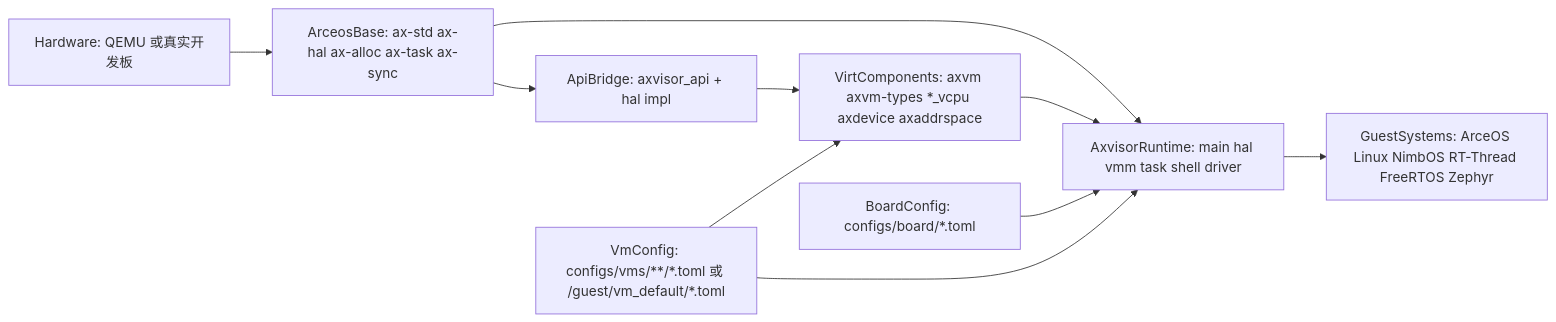
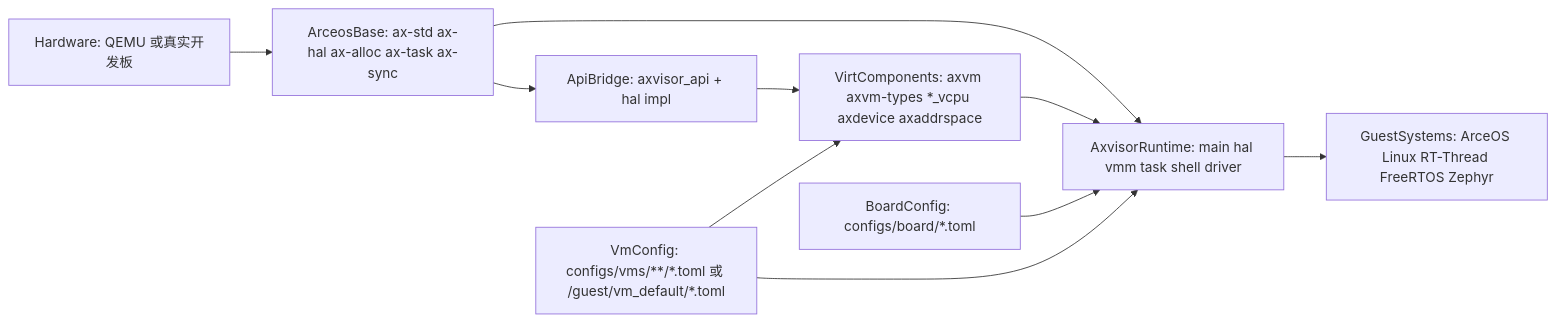
Before and after one commit to Dirinkbottle/tgoskits: the first of 5 diagrams in docs/docs/architecture/axvisor/overview.md, drawn with Mermaid. The commit also changed other lines of this file and 58 other files, not shown here.

Commit message:
chore(axvisor): remove NimbOS guest, legacy CI, and standalone scripts (#1866)

````diff
--- a/docs/docs/architecture/axvisor/overview.md
+++ b/docs/docs/architecture/axvisor/overview.md
@@ -28,21 +28,21 @@
 ```mermaid
 flowchart LR
     hardware["Hardware: QEMU 或真实开发板"]
     arceosBase["ArceosBase: ax-std ax-hal ax-alloc ax-task ax-sync"]
     virtComponents["VirtComponents: axvm axvm-types *_vcpu axdevice axaddrspace"]
     apiBridge["ApiBridge: axvisor_api + hal impl"]
     axvisorRuntime["AxvisorRuntime: main hal vmm task shell driver"]
-    guestSystems["GuestSystems: ArceOS Linux NimbOS RT-Thread FreeRTOS Zephyr"]
+    guestSystems["GuestSystems: ArceOS Linux RT-Thread FreeRTOS Zephyr"]
     boardConfig["BoardConfig: configs/board/*.toml"]
     vmConfig["VmConfig: configs/vms/**/*.toml 或 /guest/vm_default/*.toml"]
 
     hardware --> arceosBase
     arceosBase --> apiBridge
     arceosBase --> axvisorRuntime
     virtComponents --> axvisorRuntime
     apiBridge --> virtComponents
     axvisorRuntime --> guestSystems
     boardConfig --> axvisorRuntime
     vmConfig --> axvisorRuntime
     vmConfig --> virtComponents
 ```
````
